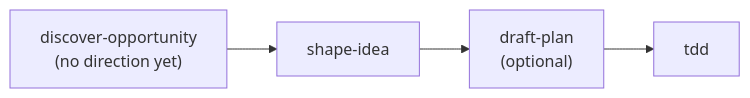
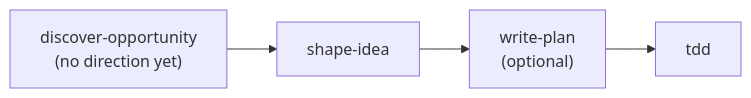
Before and after one commit to toy-crane/skills: the diagram in README.md, drawn with Mermaid. The commit also changed other lines of this file and 7 other files, not shown here.

First line of the commit message:
feat: rename draft-plan to write-plan

````diff
--- a/README.md
+++ b/README.md
@@ -46,6 +46,6 @@
 ```mermaid
 flowchart LR
     DO["discover-opportunity<br/>(no direction yet)"] --> SI[shape-idea]
-    SI --> DP["draft-plan<br/>(optional)"]
+    SI --> DP["write-plan<br/>(optional)"]
     DP --> TDD[tdd]
 ```
````
